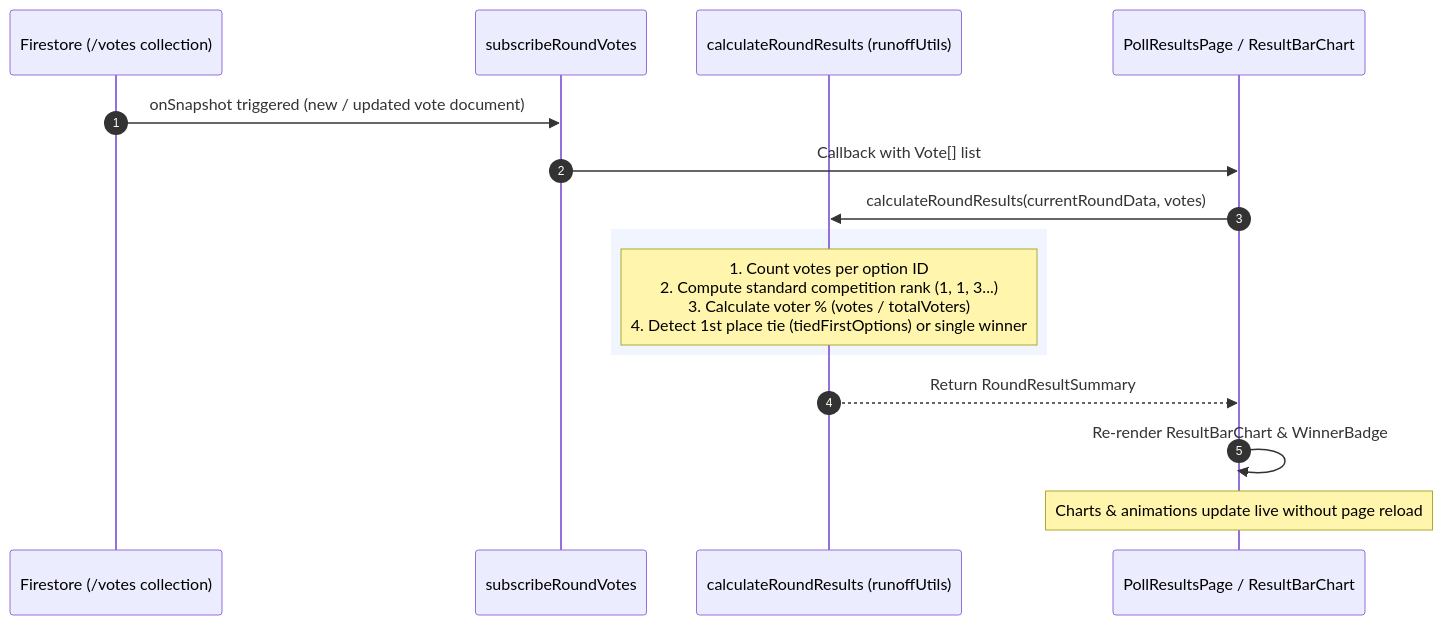
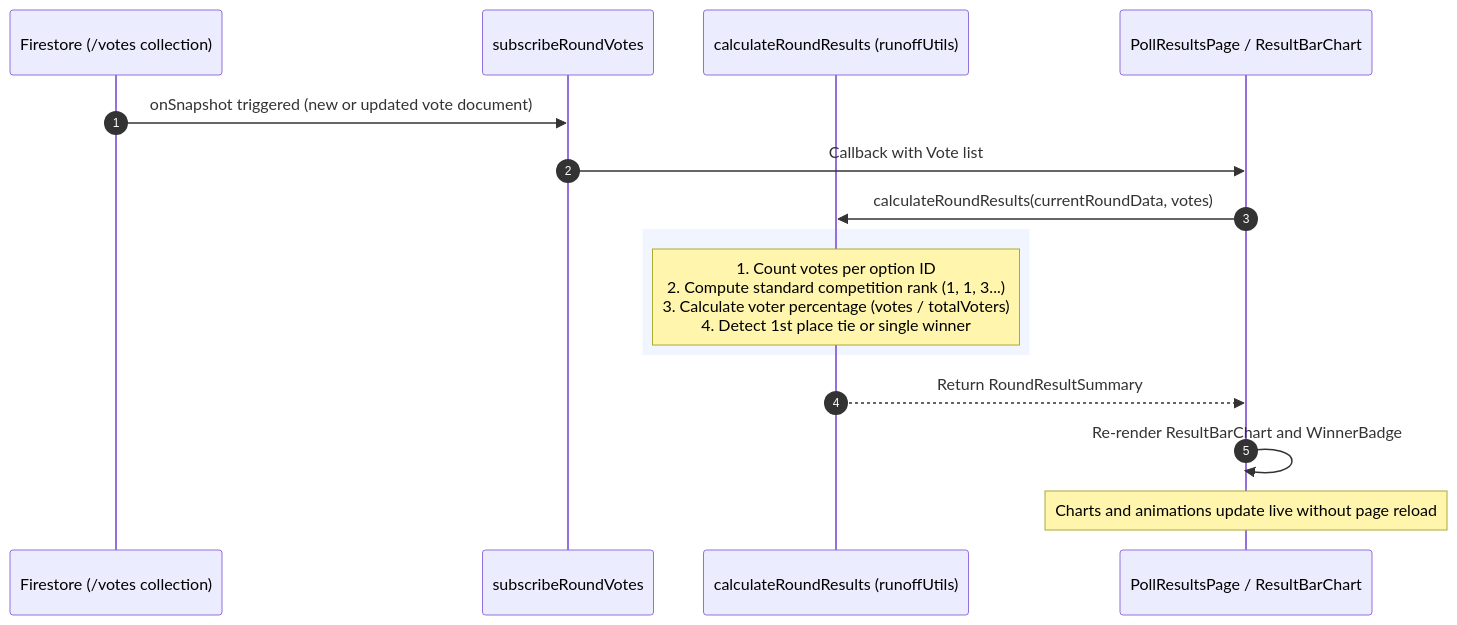
One commit to c1t0d0s0/votica changed the third of 7 diagrams in docs/SEQUENCE_DIAGRAMS.md. Above: the diagram before and after it, drawn with Mermaid. The commit also changed other lines of this file and 1 other file, not shown here.

Commit message:
fixed SEQUENCE_DIAGRAMS

````diff
--- a/docs/SEQUENCE_DIAGRAMS.md
+++ b/docs/SEQUENCE_DIAGRAMS.md
@@ -88,20 +88,20 @@
 ```mermaid
 sequenceDiagram
     autonumber
     participant DB as Firestore (/votes collection)
     participant Service as subscribeRoundVotes
     participant Utils as calculateRoundResults (runoffUtils)
     participant ResultsUI as PollResultsPage / ResultBarChart
 
-    DB->>Service: onSnapshot triggered (new / updated vote document)
-    Service->>ResultsUI: Callback with Vote[] list
+    DB->>Service: onSnapshot triggered (new or updated vote document)
+    Service->>ResultsUI: Callback with Vote list
     ResultsUI->>Utils: calculateRoundResults(currentRoundData, votes)
     
     rect rgb(240, 245, 255)
-        Note over Utils: 1. Count votes per option ID<br/>2. Compute standard competition rank (1, 1, 3...)<br/>3. Calculate voter % (votes / totalVoters)<br/>4. Detect 1st place tie (tiedFirstOptions) or single winner
+        Note over Utils: 1. Count votes per option ID<br/>2. Compute standard competition rank (1, 1, 3...)<br/>3. Calculate voter percentage (votes / totalVoters)<br/>4. Detect 1st place tie or single winner
     end
 
     Utils-->>ResultsUI: Return RoundResultSummary
-    ResultsUI->>ResultsUI: Re-render ResultBarChart & WinnerBadge
-    Note over ResultsUI: Charts & animations update live without page reload
+    ResultsUI->>ResultsUI: Re-render ResultBarChart and WinnerBadge
+    Note over ResultsUI: Charts and animations update live without page reload
 ```
````
